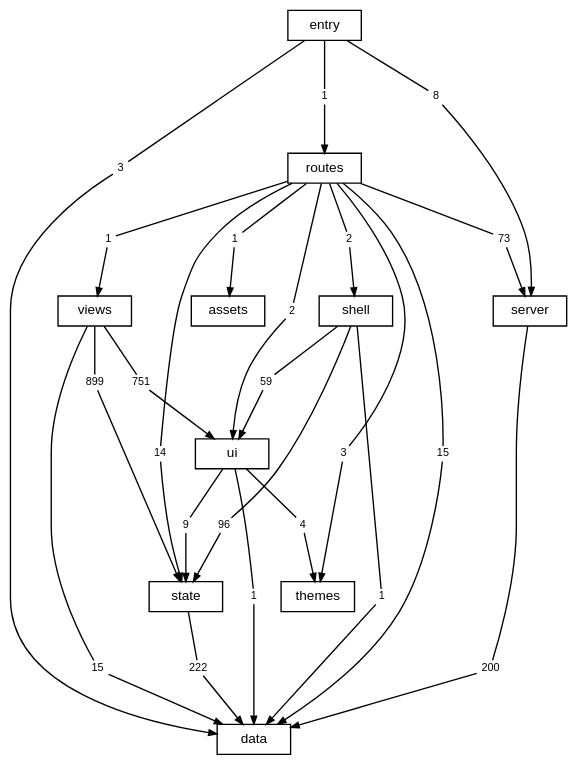
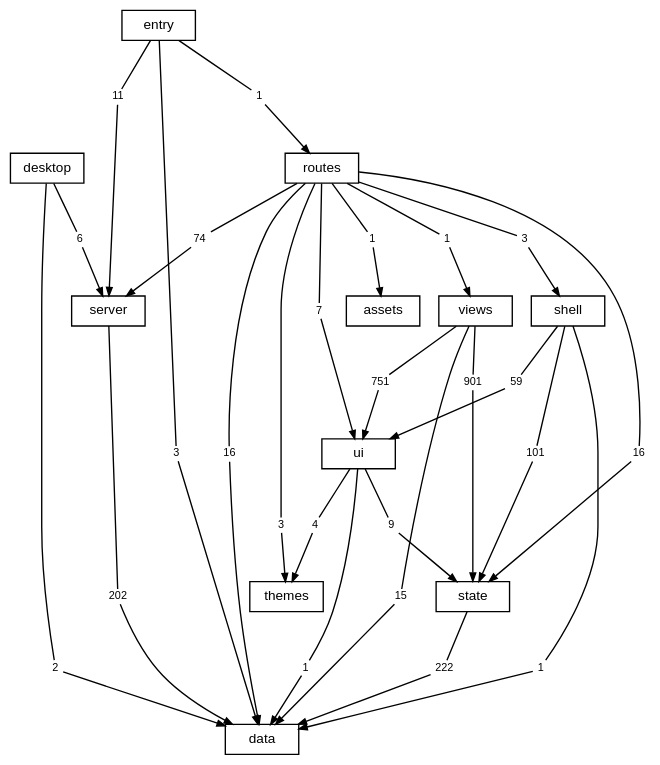
Before and after one commit to TheAxeC/oculus: the diagram in docs/diagrams/layers.dot, drawn with Graphviz. The commit also changed 132 other files, not shown here.

```diff
--- a/docs/diagrams/layers.dot
+++ b/docs/diagrams/layers.dot
@@ -1,81 +1,88 @@
 digraph layers {
     graph [bgcolor="transparent", rankdir=TB, newrank=true, fontname="Helvetica,Arial,sans-serif", fontsize=12, nodesep=0.2, ranksep=0.5];
     node [shape=box, color="black", fontcolor="black", fontname="Helvetica,Arial,sans-serif", fontsize=10, height=0.3, margin="0.12,0.04"];
     edge [color="black", fontcolor="black", fontname="Helvetica,Arial,sans-serif", fontsize=8, arrowsize=0.6];
     "data";
     "server";
     "state";
     "ui";
     "shell";
     "views";
     "themes";
     "routes";
+    "desktop";
     "src" [label="entry"];
     "files: assets" [label="assets"];
-    "routes to data" [label="15", shape=box, color="transparent", fontsize=8, width=0, height=0, margin="0.04,0.02"];
+    "desktop to data" [label="2", shape=box, color="transparent", fontsize=8, width=0, height=0, margin="0.04,0.02"];
+    "desktop" -> "desktop to data" [arrowhead=none];
+    "desktop to data" -> "data" [];
+    "desktop to server" [label="6", shape=box, color="transparent", fontsize=8, width=0, height=0, margin="0.04,0.02"];
+    "desktop" -> "desktop to server" [arrowhead=none];
+    "desktop to server" -> "server" [];
+    "routes to data" [label="16", shape=box, color="transparent", fontsize=8, width=0, height=0, margin="0.04,0.02"];
     "routes" -> "routes to data" [arrowhead=none];
     "routes to data" -> "data" [];
     "routes to files: assets" [label="1", shape=box, color="transparent", fontsize=8, width=0, height=0, margin="0.04,0.02"];
     "routes" -> "routes to files: assets" [arrowhead=none];
     "routes to files: assets" -> "files: assets" [];
-    "routes to server" [label="73", shape=box, color="transparent", fontsize=8, width=0, height=0, margin="0.04,0.02"];
+    "routes to server" [label="74", shape=box, color="transparent", fontsize=8, width=0, height=0, margin="0.04,0.02"];
     "routes" -> "routes to server" [arrowhead=none];
     "routes to server" -> "server" [];
-    "routes to shell" [label="2", shape=box, color="transparent", fontsize=8, width=0, height=0, margin="0.04,0.02"];
+    "routes to shell" [label="3", shape=box, color="transparent", fontsize=8, width=0, height=0, margin="0.04,0.02"];
     "routes" -> "routes to shell" [arrowhead=none];
     "routes to shell" -> "shell" [];
-    "routes to state" [label="14", shape=box, color="transparent", fontsize=8, width=0, height=0, margin="0.04,0.02"];
+    "routes to state" [label="16", shape=box, color="transparent", fontsize=8, width=0, height=0, margin="0.04,0.02"];
     "routes" -> "routes to state" [arrowhead=none];
     "routes to state" -> "state" [];
     "routes to themes" [label="3", shape=box, color="transparent", fontsize=8, width=0, height=0, margin="0.04,0.02"];
     "routes" -> "routes to themes" [arrowhead=none];
     "routes to themes" -> "themes" [];
-    "routes to ui" [label="2", shape=box, color="transparent", fontsize=8, width=0, height=0, margin="0.04,0.02"];
+    "routes to ui" [label="7", shape=box, color="transparent", fontsize=8, width=0, height=0, margin="0.04,0.02"];
     "routes" -> "routes to ui" [arrowhead=none];
     "routes to ui" -> "ui" [];
     "routes to views" [label="1", shape=box, color="transparent", fontsize=8, width=0, height=0, margin="0.04,0.02"];
     "routes" -> "routes to views" [arrowhead=none];
     "routes to views" -> "views" [];
-    "server to data" [label="200", shape=box, color="transparent", fontsize=8, width=0, height=0, margin="0.04,0.02"];
+    "server to data" [label="202", shape=box, color="transparent", fontsize=8, width=0, height=0, margin="0.04,0.02"];
     "server" -> "server to data" [arrowhead=none];
     "server to data" -> "data" [];
     "shell to data" [label="1", shape=box, color="transparent", fontsize=8, width=0, height=0, margin="0.04,0.02"];
     "shell" -> "shell to data" [arrowhead=none];
     "shell to data" -> "data" [];
-    "shell to state" [label="96", shape=box, color="transparent", fontsize=8, width=0, height=0, margin="0.04,0.02"];
+    "shell to state" [label="101", shape=box, color="transparent", fontsize=8, width=0, height=0, margin="0.04,0.02"];
     "shell" -> "shell to state" [arrowhead=none];
     "shell to state" -> "state" [];
     "shell to ui" [label="59", shape=box, color="transparent", fontsize=8, width=0, height=0, margin="0.04,0.02"];
     "shell" -> "shell to ui" [arrowhead=none];
     "shell to ui" -> "ui" [];
     "src to data" [label="3", shape=box, color="transparent", fontsize=8, width=0, height=0, margin="0.04,0.02"];
     "src" -> "src to data" [arrowhead=none];
     "src to data" -> "data" [];
     "src to routes" [label="1", shape=box, color="transparent", fontsize=8, width=0, height=0, margin="0.04,0.02"];
     "src" -> "src to routes" [arrowhead=none];
     "src to routes" -> "routes" [];
-    "src to server" [label="8", shape=box, color="transparent", fontsize=8, width=0, height=0, margin="0.04,0.02"];
+    "src to server" [label="11", shape=box, color="transparent", fontsize=8, width=0, height=0, margin="0.04,0.02"];
     "src" -> "src to server" [arrowhead=none];
     "src to server" -> "server" [];
     "state to data" [label="222", shape=box, color="transparent", fontsize=8, width=0, height=0, margin="0.04,0.02"];
     "state" -> "state to data" [arrowhead=none];
     "state to data" -> "data" [];
     "ui to data" [label="1", shape=box, color="transparent", fontsize=8, width=0, height=0, margin="0.04,0.02"];
     "ui" -> "ui to data" [arrowhead=none];
     "ui to data" -> "data" [];
     "ui to state" [label="9", shape=box, color="transparent", fontsize=8, width=0, height=0, margin="0.04,0.02"];
     "ui" -> "ui to state" [arrowhead=none];
     "ui to state" -> "state" [];
     "ui to themes" [label="4", shape=box, color="transparent", fontsize=8, width=0, height=0, margin="0.04,0.02"];
     "ui" -> "ui to themes" [arrowhead=none];
     "ui to themes" -> "themes" [];
     "views to data" [label="15", shape=box, color="transparent", fontsize=8, width=0, height=0, margin="0.04,0.02"];
     "views" -> "views to data" [arrowhead=none];
     "views to data" -> "data" [];
-    "views to state" [label="899", shape=box, color="transparent", fontsize=8, width=0, height=0, margin="0.04,0.02"];
+    "views to state" [label="901", shape=box, color="transparent", fontsize=8, width=0, height=0, margin="0.04,0.02"];
     "views" -> "views to state" [arrowhead=none];
     "views to state" -> "state" [];
     "views to ui" [label="751", shape=box, color="transparent", fontsize=8, width=0, height=0, margin="0.04,0.02"];
     "views" -> "views to ui" [arrowhead=none];
     "views to ui" -> "ui" [];
 }
```
